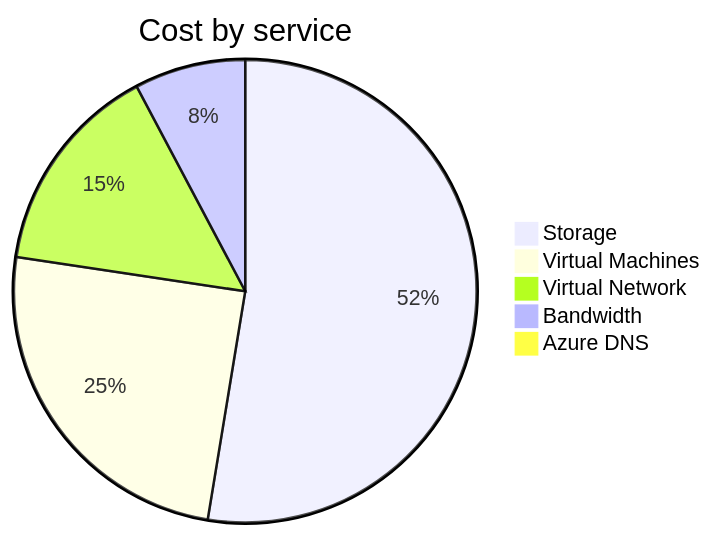
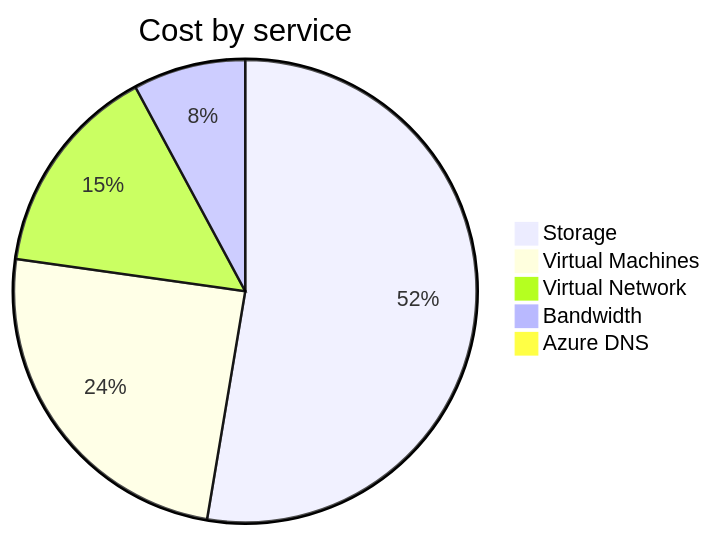
The second of 4 diagrams in cost-reports/personal-network/README.md (jpfulton/azure-personal-reports), drawn with Mermaid before and after one commit. The commit also changed other lines of this file and 8 other files, not shown here.

````diff
--- a/cost-reports/personal-network/README.md
+++ b/cost-reports/personal-network/README.md
@@ -99,9 +99,9 @@
 ```mermaid
 pie
    title Cost by service
-   "Storage" : 21.89
-   "Virtual Machines" : 10.31
-   "Virtual Network" : 6.19
-   "Bandwidth" : 3.23
-   "Azure DNS" : 0.41
+   "Storage" : 23.72
+   "Virtual Machines" : 11.08
+   "Virtual Network" : 6.72
+   "Bandwidth" : 3.54
+   "Azure DNS" : 0.45
 ```
````
